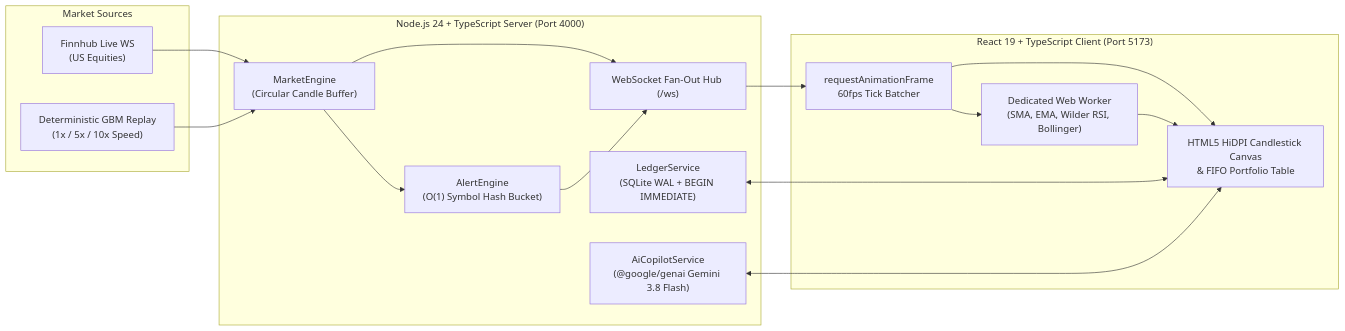
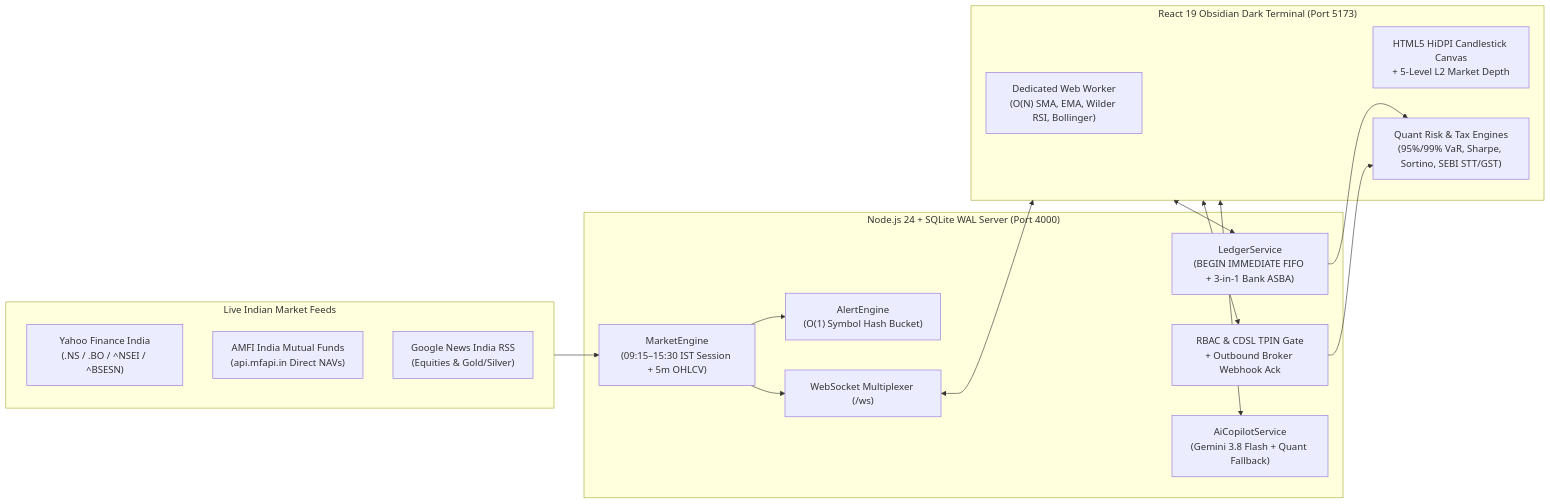
One commit to AtharvaTayade2005/stock-portfolio-tracker changed the diagram in README.md. Above: the diagram before and after it, drawn with Mermaid. The commit also changed other lines of this file, not shown here.

Commit message:
docs(readme): document Phase 1 to Phase 4 architecture and verification

````diff
--- a/README.md
+++ b/README.md
@@ -9,33 +9,29 @@
 ```mermaid
 flowchart LR
-    subgraph MarketSources["Market Sources"]
-        FH["Finnhub Live WS\n(US Equities)"]
-        RP["Deterministic GBM Replay\n(1x / 5x / 10x Speed)"]
+    subgraph Feeds["Live Indian Market Feeds"]
+        YF["Yahoo Finance India\n(.NS / .BO / ^NSEI / ^BSESN)"]
+        AMFI["AMFI India Mutual Funds\n(api.mfapi.in Direct NAVs)"]
+        NEWS["Google News India RSS\n(Equities & Gold/Silver)"]
     end
 
-    subgraph Backend["Node.js 24 + TypeScript Server (Port 4000)"]
-        ME["MarketEngine\n(Circular Candle Buffer)"]
+    subgraph Backend["Node.js 24 + SQLite WAL Server (Port 4000)"]
+        ME["MarketEngine\n(09:15–15:30 IST Session + 5m OHLCV)"]
+        LS["LedgerService\n(BEGIN IMMEDIATE FIFO + 3-in-1 Bank ASBA)"]
+        RBAC["RBAC & CDSL TPIN Gate\n+ Outbound Broker Webhook Ack"]
         AE["AlertEngine\n(O(1) Symbol Hash Bucket)"]
-        LS["LedgerService\n(SQLite WAL + BEGIN IMMEDIATE)"]
-        AI["AiCopilotService\n(@google/genai Gemini 3.8 Flash)"]
-        WSH["WebSocket Fan-Out Hub (/ws)"]
+        AI["AiCopilotService\n(Gemini 3.8 Flash + Quant Fallback)"]
+        WSH["WebSocket Multiplexer (/ws)"]
     end
 
-    subgraph Browser["React 19 + TypeScript Client (Port 5173)"]
-        RAF["requestAnimationFrame\n60fps Tick Batcher"]
-        WW["Dedicated Web Worker\n(SMA, EMA, Wilder RSI, Bollinger)"]
-        UI["HTML5 HiDPI Candlestick Canvas\n& FIFO Portfolio Table"]
+    subgraph Client["React 19 Obsidian Dark Terminal (Port 5173)"]
+        WW["Dedicated Web Worker\n(O(N) SMA, EMA, Wilder RSI, Bollinger)"]
+        CV["HTML5 HiDPI Candlestick Canvas\n+ 5-Level L2 Market Depth"]
+        QRE["Quant Risk & Tax Engines\n(95%/99% VaR, Sharpe, Sortino, SEBI STT/GST)"]
     end
 
-    FH --> ME
-    RP --> ME
-    ME --> AE
-    ME --> WSH
-    AE --> WSH
-    WSH --> RAF
-    RAF --> UI
-    RAF --> WW
-    WW --> UI
-    LS <--> UI
-    AI <--> UI
+    Feeds --> ME
+    ME --> AE & WSH
+    WSH <--> Client
+    Client <--> LS & RBAC & AI
+    LS & RBAC --> QRE
 ```
````
